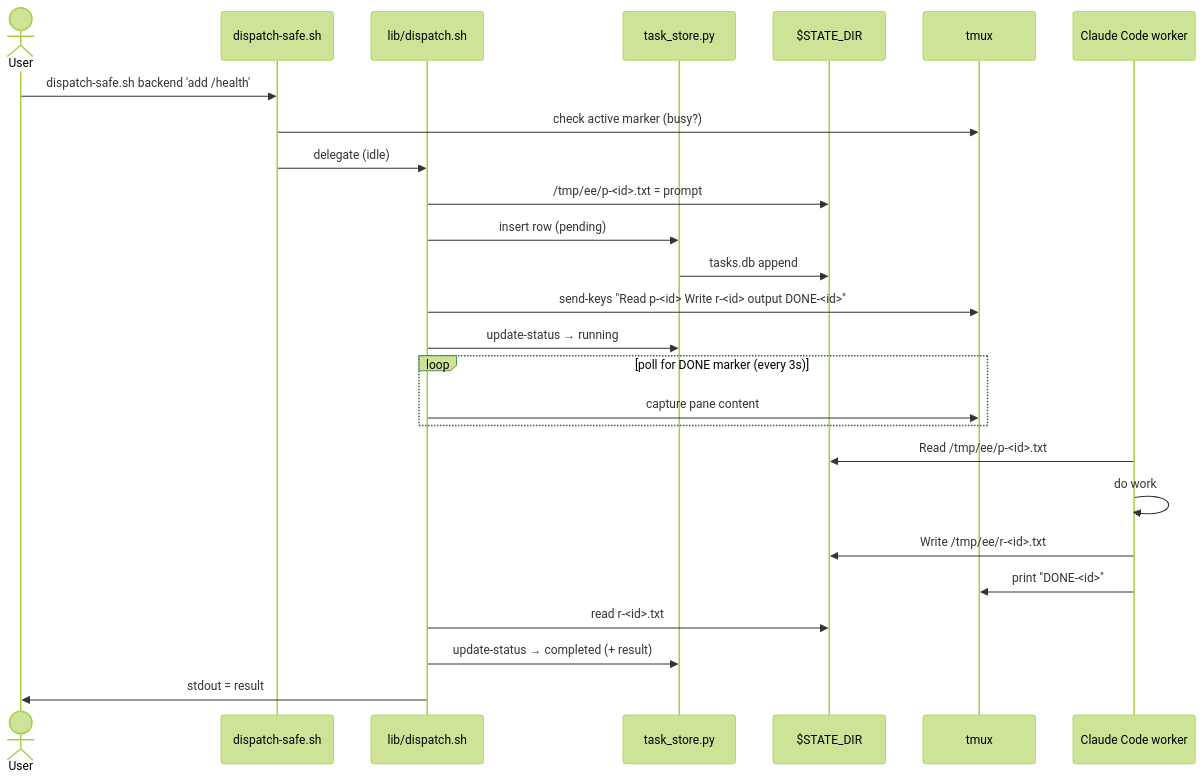
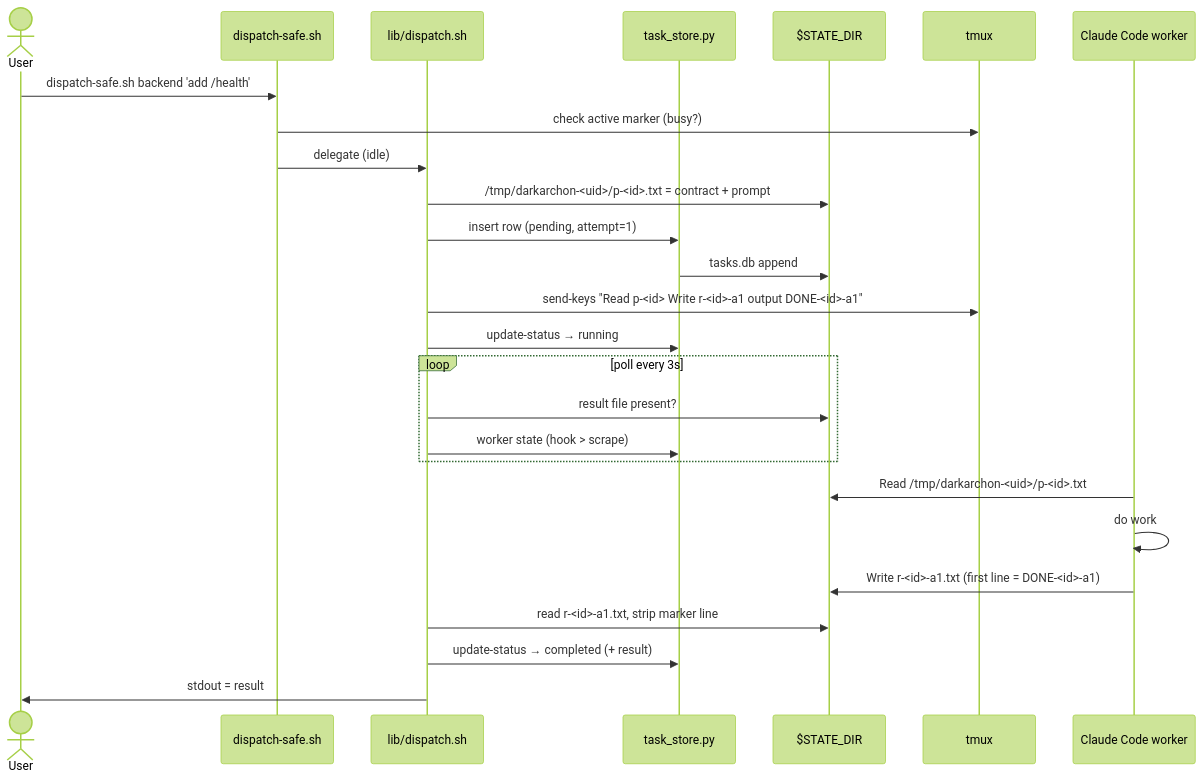
The second of 4 diagrams in README.md (lopiter/darkarchon), drawn with Mermaid (forest theme) before and after one commit. The commit also changed other lines of this file and 4 other files, not shown here.

````diff
--- a/README.md
+++ b/README.md
@@ -229,31 +229,31 @@
 ```mermaid
 sequenceDiagram
     actor User
     participant dispatch as dispatch-safe.sh
     participant disp as lib/dispatch.sh
     participant store as task_store.py
     participant fs as $STATE_DIR
     participant tmux as tmux
     participant claude as Claude Code worker
 
     User->>dispatch: dispatch-safe.sh backend 'add /health'
     dispatch->>tmux: check active marker (busy?)
     dispatch->>disp: delegate (idle)
-    disp->>fs: /tmp/ee/p-<id>.txt = prompt
-    disp->>store: insert row (pending)
+    disp->>fs: /tmp/darkarchon-<uid>/p-<id>.txt = contract + prompt
+    disp->>store: insert row (pending, attempt=1)
     store->>fs: tasks.db append
-    disp->>tmux: send-keys "Read p-<id> Write r-<id> output DONE-<id>"
+    disp->>tmux: send-keys "Read p-<id> Write r-<id>-a1 output DONE-<id>-a1"
     disp->>store: update-status → running
 
-    loop poll for DONE marker (every 3s)
-        disp->>tmux: capture pane content
+    loop poll every 3s
+        disp->>fs: result file present?
+        disp->>store: worker state (hook > scrape)
     end
 
-    claude->>fs: Read /tmp/ee/p-<id>.txt
+    claude->>fs: Read /tmp/darkarchon-<uid>/p-<id>.txt
     claude->>claude: do work
-    claude->>fs: Write /tmp/ee/r-<id>.txt
-    claude->>tmux: print "DONE-<id>"
-    disp->>fs: read r-<id>.txt
+    claude->>fs: Write r-<id>-a1.txt (first line = DONE-<id>-a1)
+    disp->>fs: read r-<id>-a1.txt, strip marker line
     disp->>store: update-status → completed (+ result)
     disp->>User: stdout = result
 ```
````
